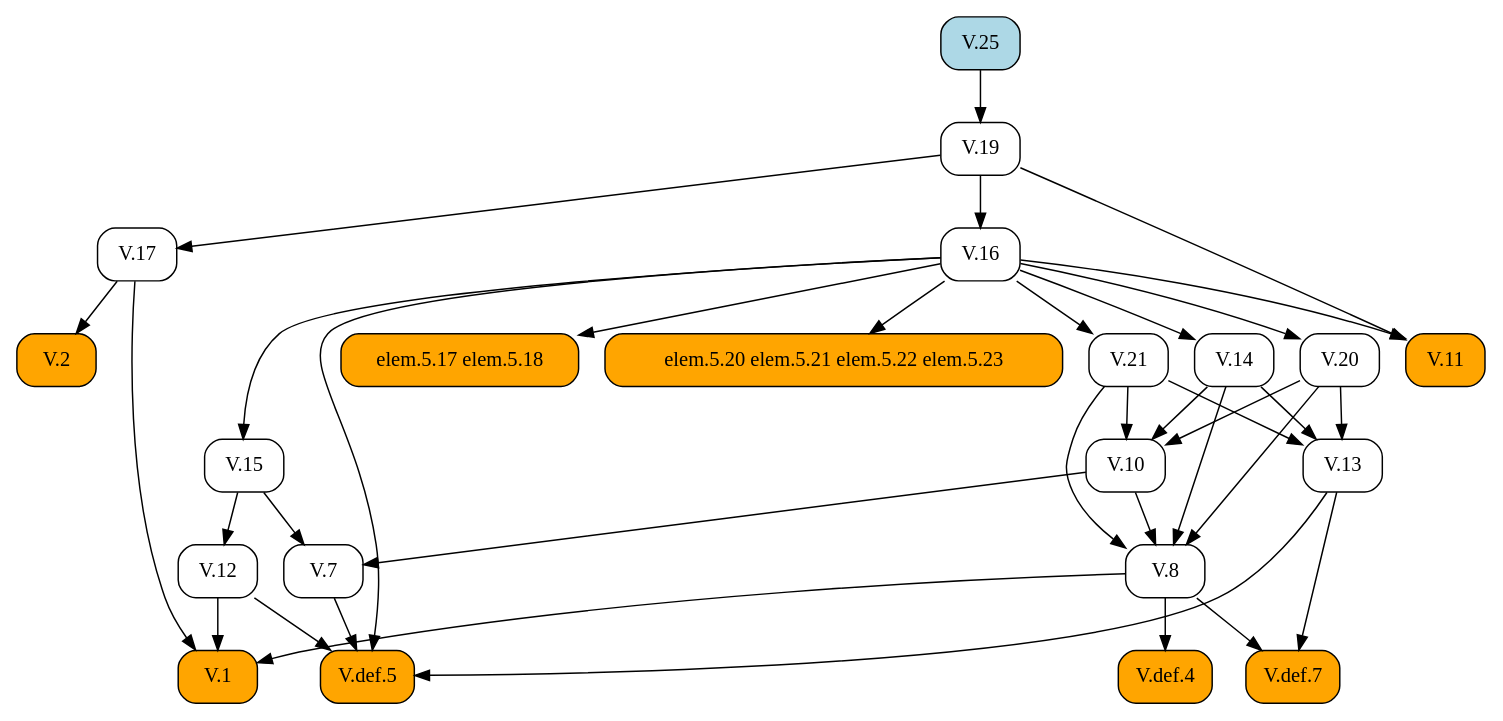
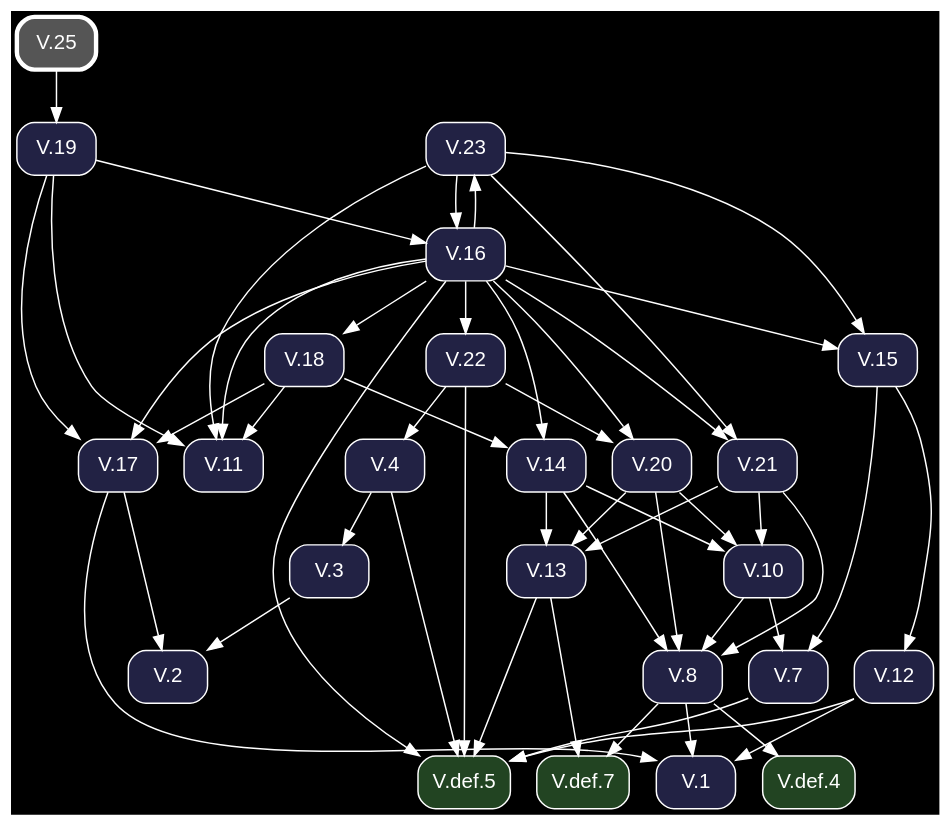
The diagram in docsrc/heath/V/25/index.rst (geometor/elements), drawn with Graphviz before and after one commit. The commit also changed other lines of this file and 1200 other files, not shown here.

Commit message:
update dependency graphs

```diff
--- a/docsrc/heath/V/25/index.rst
+++ b/docsrc/heath/V/25/index.rst
@@ -64,62 +64,82 @@
 .. graphviz::
 
    digraph {
+     bgcolor="black";
+     node [shape=box, style="rounded,filled", fontname="Helvetica", color="white", fontcolor="white"];
+     edge [color="white", fontcolor="white"];
      rankdir="TB";
-     node [shape=box, style=rounded];
-     "V.16" [URL="/heath/V/16/", target="_top"];
-     "V.2" [style="rounded,filled", fillcolor=orange, URL="/heath/V/2/", target="_top"];
-     "V.def.7" [style="rounded,filled", fillcolor=orange, URL="/heath/V/def.7/", target="_top"];
-     "V.21" [URL="/heath/V/21/", target="_top"];
-     "V.13" [URL="/heath/V/13/", target="_top"];
-     "V.7" [URL="/heath/V/7/", target="_top"];
-     "elem.5.17 elem.5.18" [style="rounded,filled", fillcolor=orange];
-     "V.14" [URL="/heath/V/14/", target="_top"];
-     "V.19" [URL="/heath/V/19/", target="_top"];
-     "V.def.5" [style="rounded,filled", fillcolor=orange, URL="/heath/V/def.5/", target="_top"];
-     "V.8" [URL="/heath/V/8/", target="_top"];
-     "V.10" [URL="/heath/V/10/", target="_top"];
-     "V.17" [URL="/heath/V/17/", target="_top"];
-     "V.1" [style="rounded,filled", fillcolor=orange, URL="/heath/V/1/", target="_top"];
-     "V.25" [style="rounded,filled", fillcolor=lightblue, URL="/heath/V/25/", target="_top"];
-     "V.20" [URL="/heath/V/20/", target="_top"];
-     "V.15" [URL="/heath/V/15/", target="_top"];
-     "V.11" [style="rounded,filled", fillcolor=orange, URL="/heath/V/11/", target="_top"];
-     "elem.5.20 elem.5.21 elem.5.22 elem.5.23" [style="rounded,filled", fillcolor=orange];
-     "V.12" [URL="/heath/V/12/", target="_top"];
-     "V.def.4" [style="rounded,filled", fillcolor=orange, URL="/heath/V/def.4/", target="_top"];
-     "V.19" -> "V.16";
-     "V.17" -> "V.2";
-     "V.8" -> "V.def.7";
-     "V.13" -> "V.def.7";
-     "V.16" -> "V.21";
-     "V.14" -> "V.13";
-     "V.20" -> "V.13";
-     "V.21" -> "V.13";
-     "V.10" -> "V.7";
-     "V.15" -> "V.7";
-     "V.16" -> "elem.5.17 elem.5.18";
-     "V.16" -> "V.14";
-     "V.25" -> "V.19";
+     "V.15" [fillcolor="#222244", URL="/heath/V/15/", target="_top"];
+     "V.def.5" [fillcolor="#224422", URL="/heath/V/def.5/", target="_top"];
+     "V.22" [fillcolor="#222244", URL="/heath/V/22/", target="_top"];
+     "V.11" [fillcolor="#222244", URL="/heath/V/11/", target="_top"];
+     "V.def.7" [fillcolor="#224422", URL="/heath/V/def.7/", target="_top"];
+     "V.25" [penwidth=3, color="white", fillcolor="#555555", URL="/heath/V/25/", target="_top"];
+     "V.12" [fillcolor="#222244", URL="/heath/V/12/", target="_top"];
+     "V.def.4" [fillcolor="#224422", URL="/heath/V/def.4/", target="_top"];
+     "V.20" [fillcolor="#222244", URL="/heath/V/20/", target="_top"];
+     "V.18" [fillcolor="#222244", URL="/heath/V/18/", target="_top"];
+     "V.14" [fillcolor="#222244", URL="/heath/V/14/", target="_top"];
+     "V.23" [fillcolor="#222244", URL="/heath/V/23/", target="_top"];
+     "V.2" [fillcolor="#222244", URL="/heath/V/2/", target="_top"];
+     "V.1" [fillcolor="#222244", URL="/heath/V/1/", target="_top"];
+     "V.4" [fillcolor="#222244", URL="/heath/V/4/", target="_top"];
+     "V.13" [fillcolor="#222244", URL="/heath/V/13/", target="_top"];
+     "V.16" [fillcolor="#222244", URL="/heath/V/16/", target="_top"];
+     "V.21" [fillcolor="#222244", URL="/heath/V/21/", target="_top"];
+     "V.8" [fillcolor="#222244", URL="/heath/V/8/", target="_top"];
+     "V.19" [fillcolor="#222244", URL="/heath/V/19/", target="_top"];
+     "V.7" [fillcolor="#222244", URL="/heath/V/7/", target="_top"];
+     "V.3" [fillcolor="#222244", URL="/heath/V/3/", target="_top"];
+     "V.17" [fillcolor="#222244", URL="/heath/V/17/", target="_top"];
+     "V.10" [fillcolor="#222244", URL="/heath/V/10/", target="_top"];
+     "V.16" -> "V.15";
+     "V.23" -> "V.15";
+     "V.4" -> "V.def.5";
      "V.7" -> "V.def.5";
      "V.12" -> "V.def.5";
      "V.13" -> "V.def.5";
      "V.16" -> "V.def.5";
+     "V.22" -> "V.def.5";
+     "V.16" -> "V.22";
+     "V.16" -> "V.11";
+     "V.18" -> "V.11";
+     "V.19" -> "V.11";
+     "V.23" -> "V.11";
+     "V.8" -> "V.def.7";
+     "V.13" -> "V.def.7";
+     "V.15" -> "V.12";
+     "V.8" -> "V.def.4";
+     "V.16" -> "V.20";
+     "V.22" -> "V.20";
+     "V.16" -> "V.18";
+     "V.16" -> "V.14";
+     "V.18" -> "V.14";
+     "V.16" -> "V.23";
+     "V.3" -> "V.2";
+     "V.17" -> "V.2";
+     "V.8" -> "V.1";
+     "V.12" -> "V.1";
+     "V.17" -> "V.1";
+     "V.22" -> "V.4";
+     "V.14" -> "V.13";
+     "V.20" -> "V.13";
+     "V.21" -> "V.13";
+     "V.19" -> "V.16";
+     "V.23" -> "V.16";
+     "V.16" -> "V.21";
+     "V.23" -> "V.21";
      "V.10" -> "V.8";
      "V.14" -> "V.8";
      "V.20" -> "V.8";
      "V.21" -> "V.8";
+     "V.25" -> "V.19";
+     "V.10" -> "V.7";
+     "V.15" -> "V.7";
+     "V.4" -> "V.3";
+     "V.16" -> "V.17";
+     "V.18" -> "V.17";
+     "V.19" -> "V.17";
      "V.14" -> "V.10";
      "V.20" -> "V.10";
      "V.21" -> "V.10";
-     "V.19" -> "V.17";
-     "V.8" -> "V.1";
-     "V.12" -> "V.1";
-     "V.17" -> "V.1";
-     "V.16" -> "V.20";
-     "V.16" -> "V.15";
-     "V.16" -> "V.11";
-     "V.19" -> "V.11";
-     "V.16" -> "elem.5.20 elem.5.21 elem.5.22 elem.5.23";
-     "V.15" -> "V.12";
-     "V.8" -> "V.def.4";
    }
```
